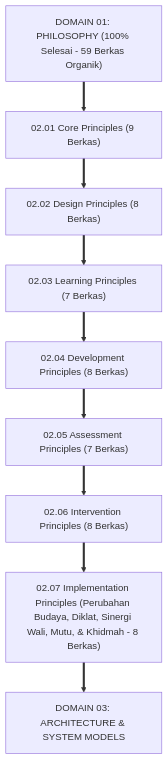
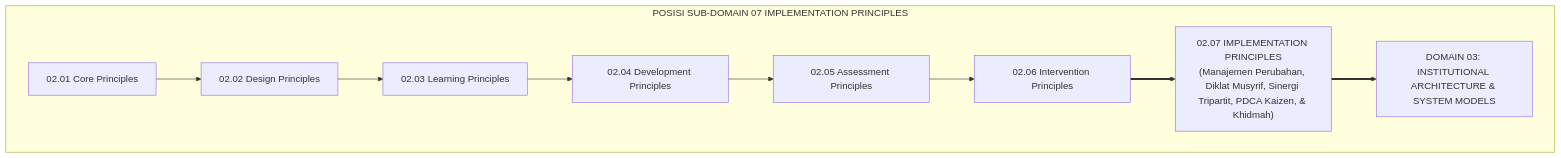
One commit to wandiapriliyandi/tumbuh changed the first of 2 diagrams in 02 Principles/07 Implementation Principles/P2-07-Prinsip-Implementasi-Lapangan-TUMBUH.md. Above: the diagram before and after it, drawn with Mermaid. The commit also changed other lines of this file and 6 other files, not shown here.

Commit message:
docs(principles): reconstruct all 07 Implementation Principles monographs to pure academic standard

````diff
--- a/02 Principles/07 Implementation Principles/P2-07-Prinsip-Implementasi-Lapangan-TUMBUH.md
+++ b/02 Principles/07 Implementation Principles/P2-07-Prinsip-Implementasi-Lapangan-TUMBUH.md
@@ -49,14 +54,14 @@
 ```mermaid
-graph TD
-    D1["DOMAIN 01: PHILOSOPHY (100% Selesai - 59 Berkas Organik)"]
-    ==> D2_01["02.01 Core Principles (9 Berkas)"]
-    D2_01 ==> D2_02["02.02 Design Principles (8 Berkas)"]
-    D2_02 ==> D2_03["02.03 Learning Principles (7 Berkas)"]
-    D2_03 ==> D2_04["02.04 Development Principles (8 Berkas)"]
-    D2_04 ==> D2_05["02.05 Assessment Principles (7 Berkas)"]
-    D2_05 ==> D2_06["02.06 Intervention Principles (8 Berkas)"]
-    
-    D2_06 ==> D2_07["02.07 Implementation Principles (Perubahan Budaya, Diklat, Sinergi Wali, Mutu, & Khidmah - 8 Berkas)"]
-    
-    D2_07 ==> D3["DOMAIN 03: ARCHITECTURE & SYSTEM MODELS"]
+flowchart TD
+    subgraph PosisiImplementationPrinciplesTUMBUH["POSISI SUB-DOMAIN 07 IMPLEMENTATION PRINCIPLES"]
+        D2_01["02.01 Core Principles"] --> D2_02["02.02 Design Principles"]
+        D2_02 --> D2_03["02.03 Learning Principles"]
+        D2_03 --> D2_04["02.04 Development Principles"]
+        D2_04 --> D2_05["02.05 Assessment Principles"]
+        D2_05 --> D2_06["02.06 Intervention Principles"]
+        
+        D2_06 ==> D2_07["02.07 IMPLEMENTATION PRINCIPLES<br/>(Manajemen Perubahan, Diklat Musyrif, Sinergi Tripartit, PDCA Kaizen, & Khidmah)"]
+        
+        D2_07 ==> D3["DOMAIN 03: INSTITUTIONAL ARCHITECTURE & SYSTEM MODELS"]
+    end
 ```
````
